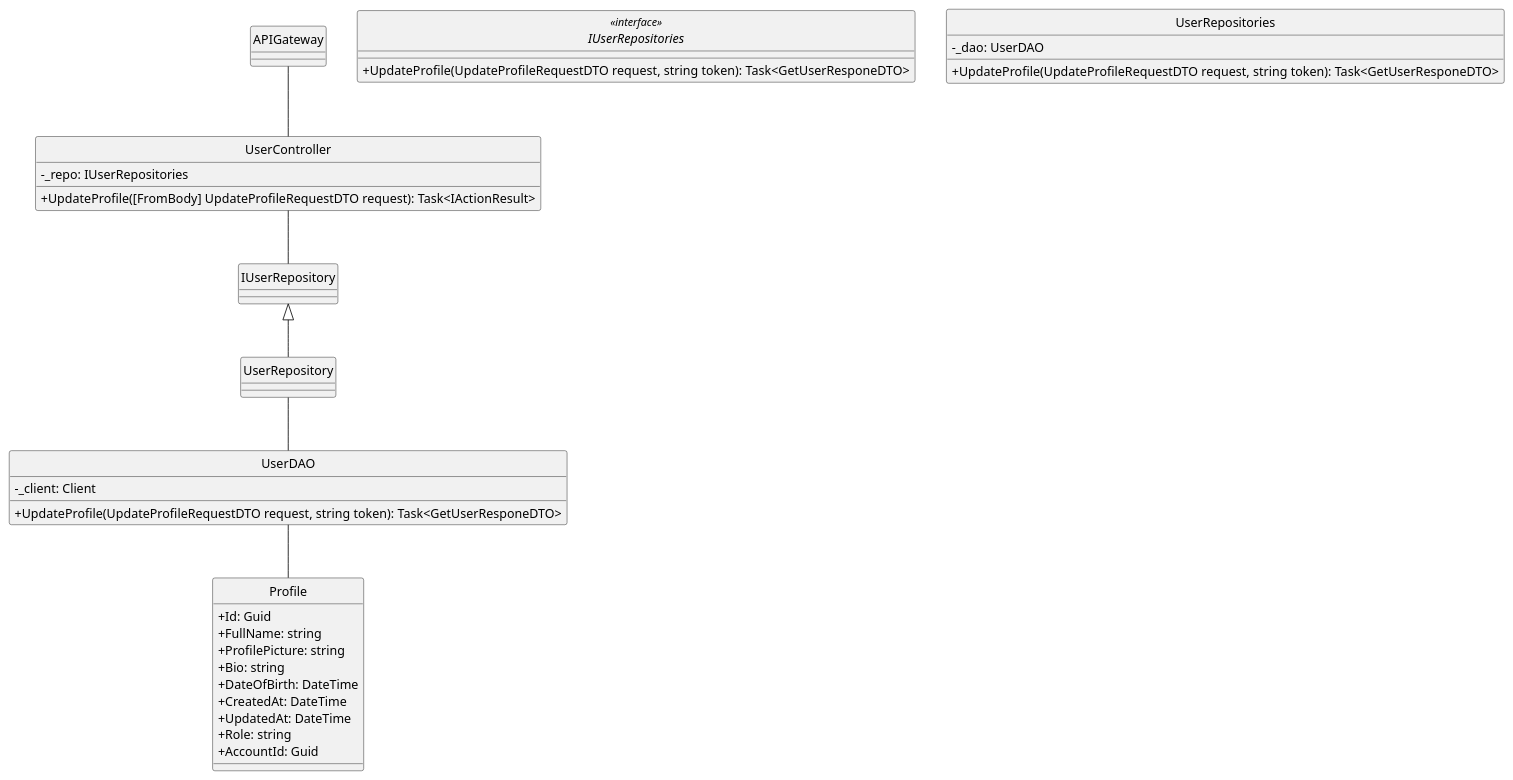
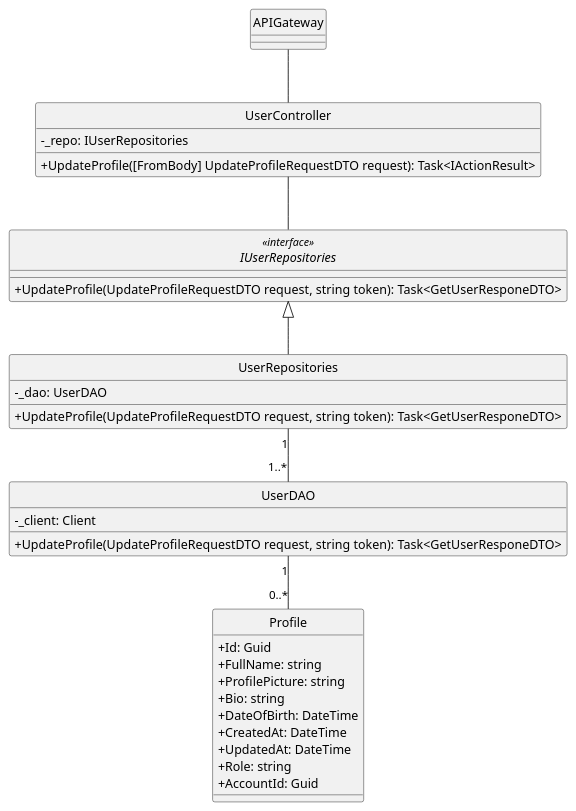
Before and after one commit to minhnhut23/FPT-OBOMS: the diagram in docs/ClassDiagram/User/UpdateProfile/UpdateProfile.plantuml, drawn with PlantUML.

Commit message:
edit updateProfile diagram

```diff
--- a/docs/ClassDiagram/User/UpdateProfile/UpdateProfile.plantuml
+++ b/docs/ClassDiagram/User/UpdateProfile/UpdateProfile.plantuml
@@ -1,47 +1,46 @@
 @startuml getUserById
 hide circle
 skinparam classAttributeIconSize 0
 skinparam linetype ortho
 
 class APIGateway {
 }
 
 class UserController{
     - _repo: IUserRepositories
     + UpdateProfile([FromBody] UpdateProfileRequestDTO request): Task<IActionResult>
 }
 
 interface IUserRepositories<<interface>> {
     + UpdateProfile(UpdateProfileRequestDTO request, string token): Task<GetUserResponeDTO>
 }
 
 class UserRepositories {
     - _dao: UserDAO
     + UpdateProfile(UpdateProfileRequestDTO request, string token): Task<GetUserResponeDTO>
 }
 
 class UserDAO {
     - _client: Client
     + UpdateProfile(UpdateProfileRequestDTO request, string token): Task<GetUserResponeDTO>
 }
 
 class Profile {
     + Id: Guid
     + FullName: string
     + ProfilePicture: string
     + Bio: string
     + DateOfBirth: DateTime
     + CreatedAt: DateTime
     + UpdatedAt: DateTime
     + Role: string
     + AccountId: Guid
 }
 
 APIGateway -- UserController
-UserController -- IUserRepository 
-IUserRepository <|-- UserRepository
-UserRepository -- UserDAO
-
-UserDAO -- Profile
+UserController -- IUserRepositories 
+IUserRepositories <|-- UserRepositories
+UserRepositories "1"--"1..*" UserDAO
+UserDAO "1"--"0..*" Profile
 
 @enduml
```
